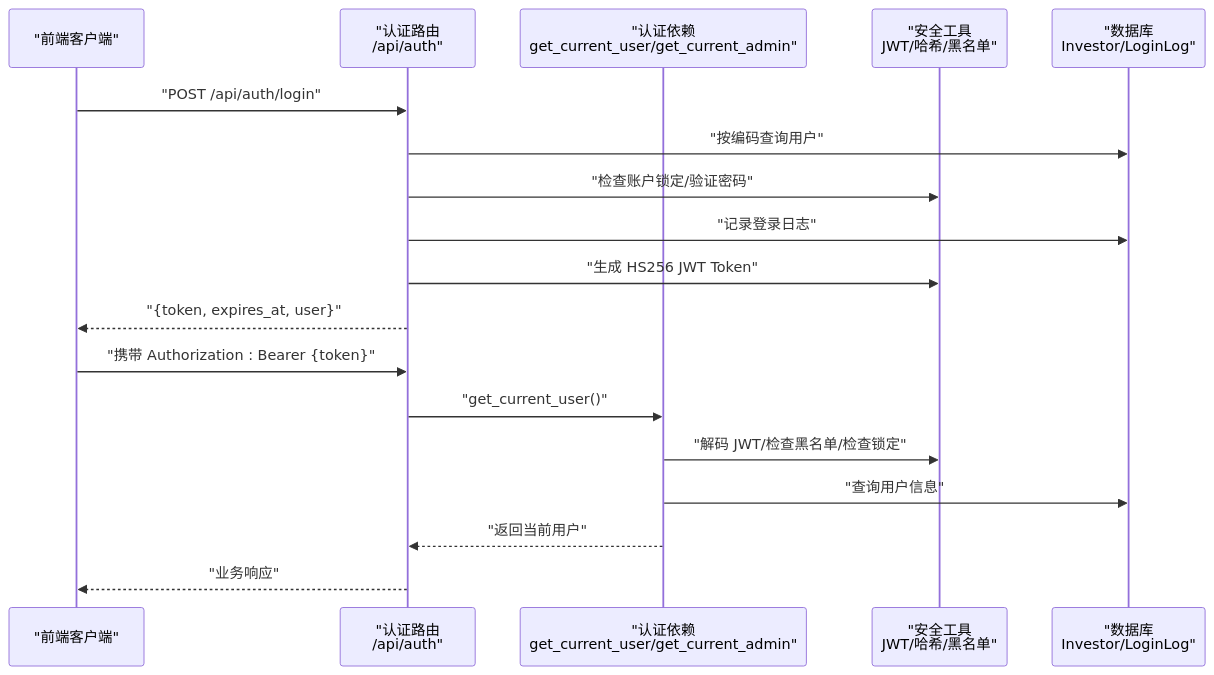
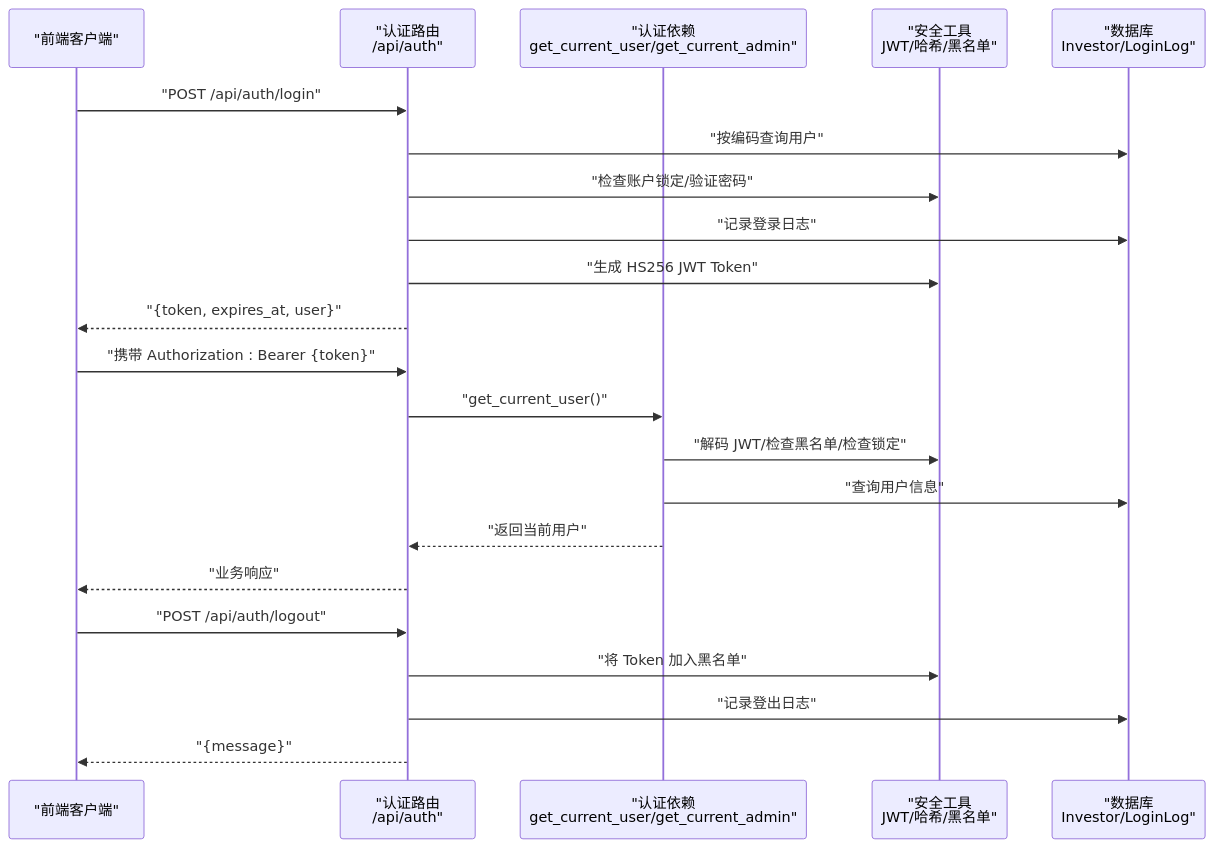
One commit to gujialind/InvestRing changed the second of 9 diagrams in .qoder/repowiki/zh/content/认证与安全/用户认证机制.md. Above: the diagram before and after it, drawn with Mermaid. The commit also changed other lines of this file and 32 other files, not shown here.

````diff
--- a/.qoder/repowiki/zh/content/认证与安全/用户认证机制.md
+++ b/.qoder/repowiki/zh/content/认证与安全/用户认证机制.md
@@ -109,20 +120,24 @@
 ```mermaid
 sequenceDiagram
 participant FE as "前端客户端"
 participant API as "认证路由<br/>/api/auth"
 participant Dep as "认证依赖<br/>get_current_user/get_current_admin"
 participant Sec as "安全工具<br/>JWT/哈希/黑名单"
 participant DB as "数据库<br/>Investor/LoginLog"
 FE->>API : "POST /api/auth/login"
 API->>DB : "按编码查询用户"
 API->>Sec : "检查账户锁定/验证密码"
 API->>DB : "记录登录日志"
 API->>Sec : "生成 HS256 JWT Token"
 API-->>FE : "{token, expires_at, user}"
 FE->>API : "携带 Authorization : Bearer {token}"
 API->>Dep : "get_current_user()"
 Dep->>Sec : "解码 JWT/检查黑名单/检查锁定"
 Dep->>DB : "查询用户信息"
 Dep-->>API : "返回当前用户"
 API-->>FE : "业务响应"
+FE->>API : "POST /api/auth/logout"
+API->>Sec : "将 Token 加入黑名单"
+API->>DB : "记录登出日志"
+API-->>FE : "{message}"
 ```
````
